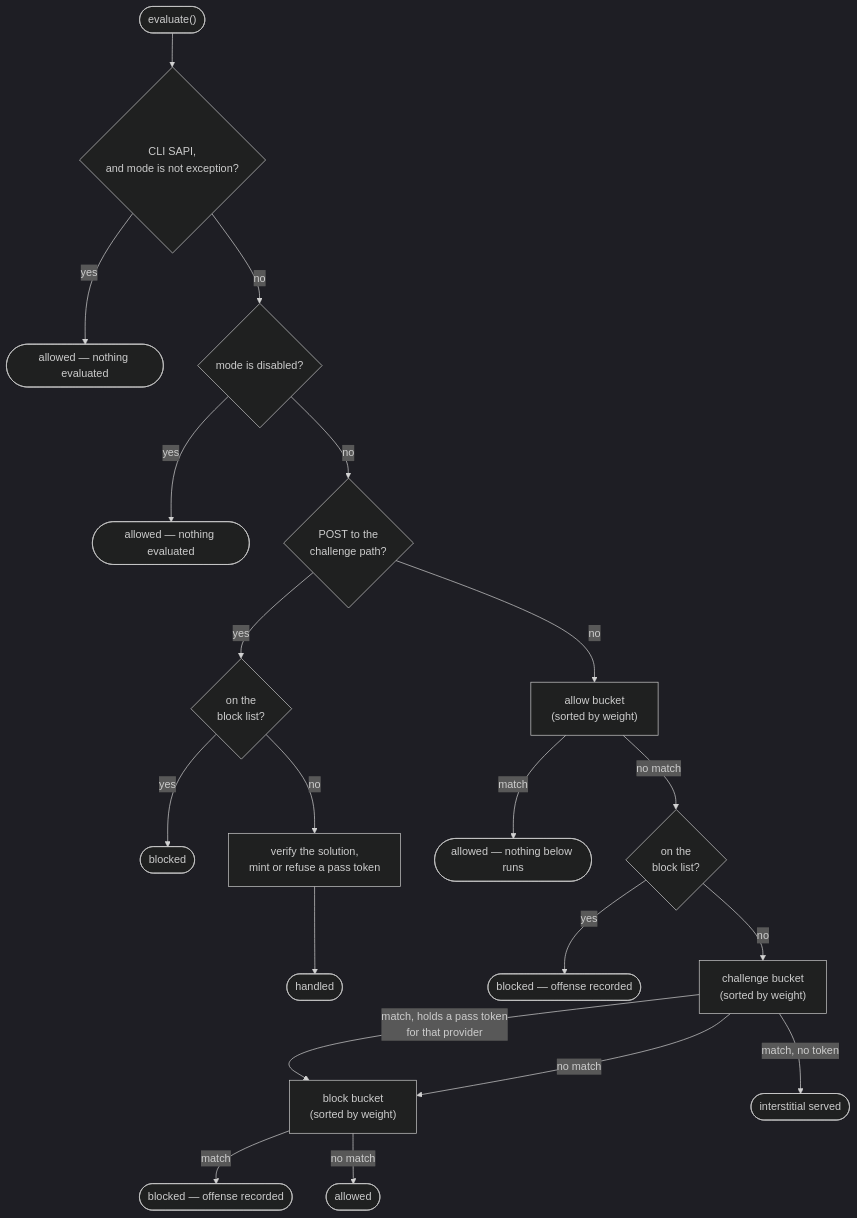
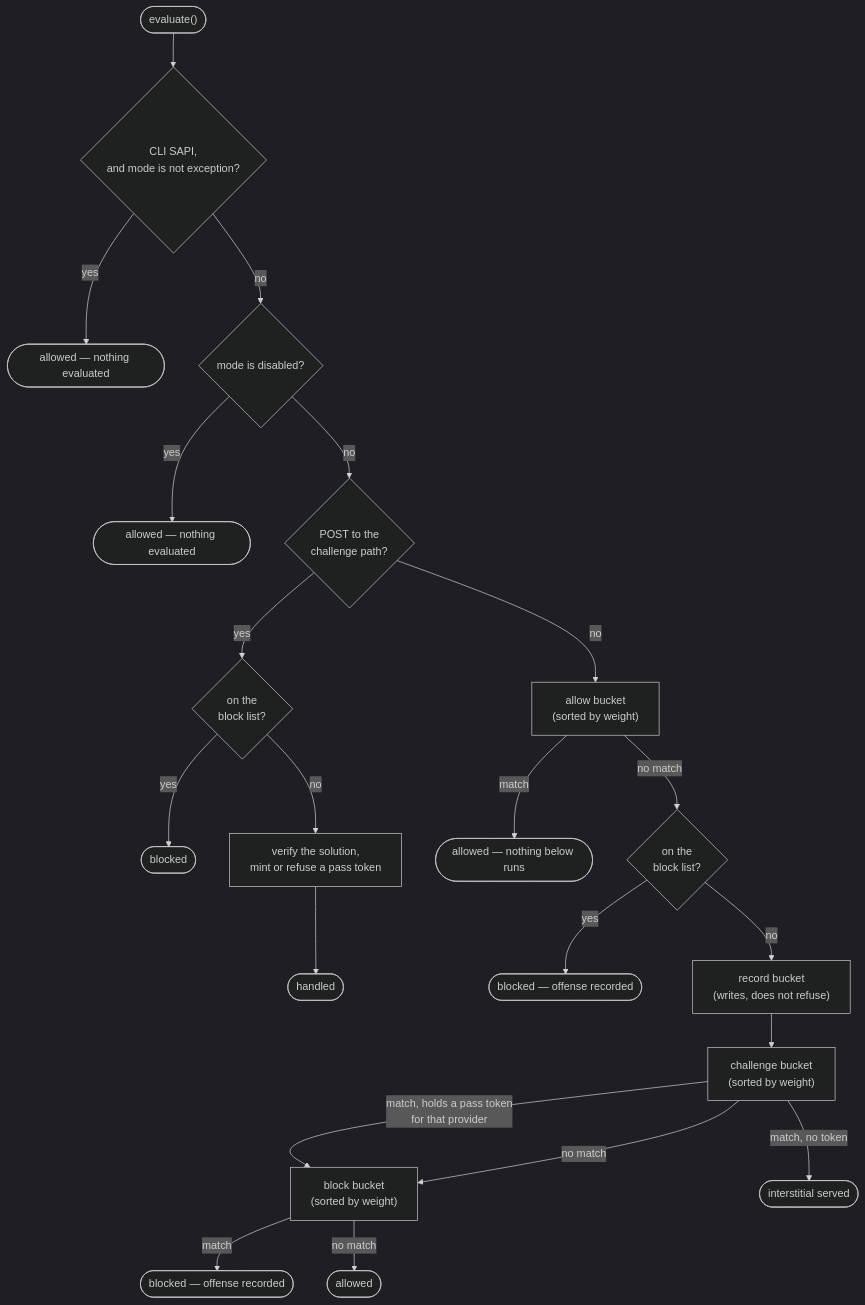
The diagram in docs/reference/evaluation-order.md (kanopi/firewall), drawn with Mermaid (dark theme) before and after one commit. The commit also changed other lines of this file and 6 other files, not shown here.

````diff
--- a/docs/reference/evaluation-order.md
+++ b/docs/reference/evaluation-order.md
@@ -7,27 +7,28 @@
 ```mermaid
 flowchart TD
     START(["evaluate()"]) --> CLI{"CLI SAPI,<br/>and mode is not exception?"}
     CLI -->|yes| ALLOW1(["allowed — nothing evaluated"])
     CLI -->|no| DISABLED{"mode is disabled?"}
     DISABLED -->|yes| ALLOW2(["allowed — nothing evaluated"])
     DISABLED -->|no| SUB{"POST to the<br/>challenge path?"}
 
     SUB -->|yes| SUBLIST{"on the<br/>block list?"}
     SUBLIST -->|yes| BLOCKED1(["blocked"])
     SUBLIST -->|no| SOLVE["verify the solution,<br/>mint or refuse a pass token"]
     SOLVE --> DONE(["handled"])
 
     SUB -->|no| BUCKET1["allow bucket<br/>(sorted by weight)"]
     BUCKET1 -->|match| ALLOW3(["allowed — nothing below runs"])
     BUCKET1 -->|no match| LIST{"on the<br/>block list?"}
 
     LIST -->|yes| BLOCKED2(["blocked — offense recorded"])
-    LIST -->|no| BUCKET2["challenge bucket<br/>(sorted by weight)"]
+    LIST -->|no| REC["record bucket<br/>(writes, does not refuse)"]
+    REC --> BUCKET2["challenge bucket<br/>(sorted by weight)"]
 
     BUCKET2 -->|"match, holds a pass token<br/>for that provider"| BUCKET3
     BUCKET2 -->|"match, no token"| CHALLENGE(["interstitial served"])
     BUCKET2 -->|"no match"| BUCKET3["block bucket<br/>(sorted by weight)"]
 
     BUCKET3 -->|match| BLOCKED3(["blocked — offense recorded"])
     BUCKET3 -->|no match| ALLOW4(["allowed"])
 ```
````
